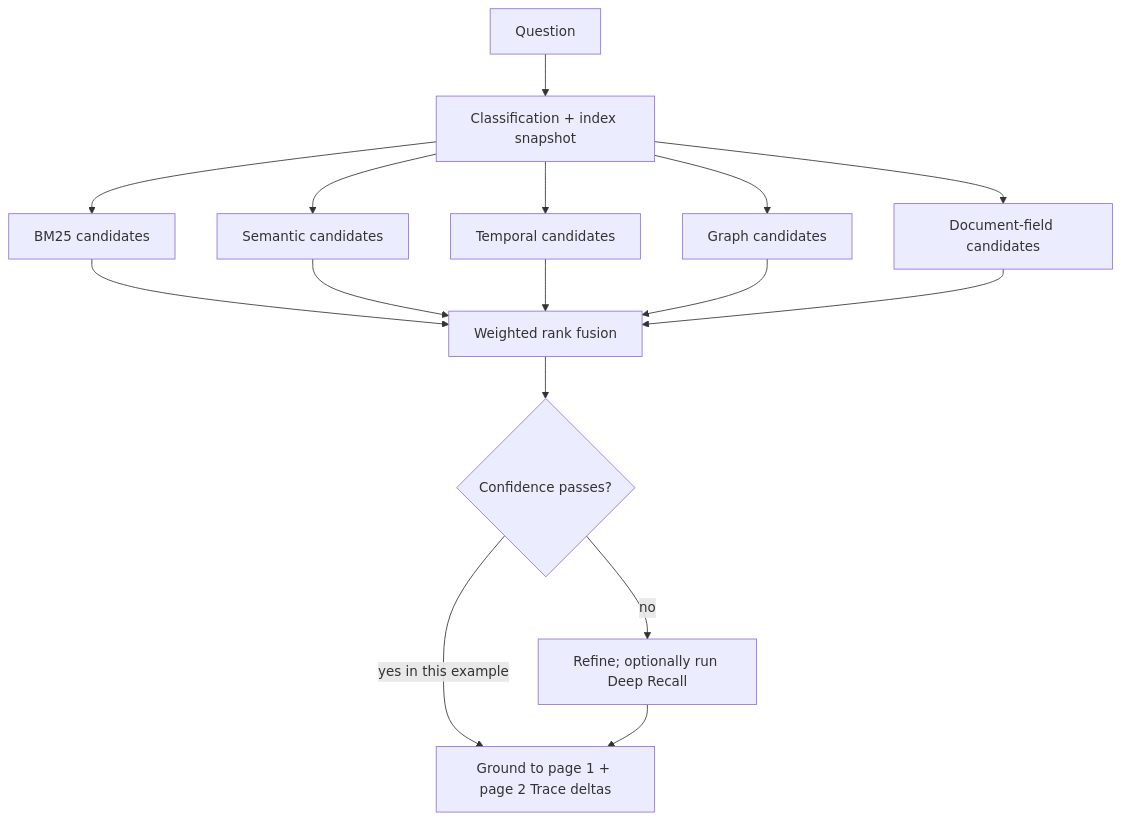
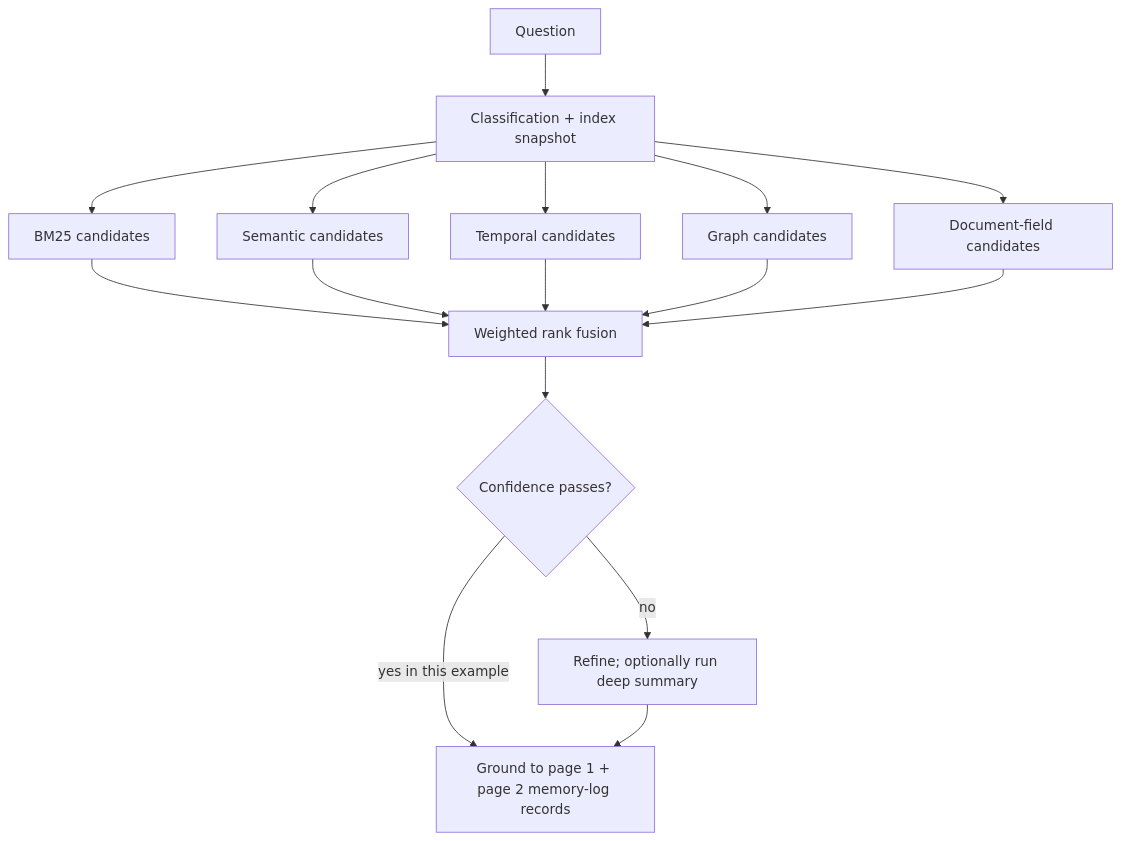
Before and after one commit to shanmukh05/trisynapse-memory: the second of 13 diagrams in docs/architecture.md, drawn with Mermaid. The commit also changed other lines of this file and 67 other files, not shown here.

````diff
--- a/docs/architecture.md
+++ b/docs/architecture.md
@@ -178,18 +199,18 @@
 ```mermaid
 flowchart TD
     Q["Question"] --> C["Classification + index snapshot"]
     C --> B["BM25 candidates"]
     C --> S["Semantic candidates"]
     C --> T["Temporal candidates"]
     C --> G["Graph candidates"]
     C --> D["Document-field candidates"]
     B --> F["Weighted rank fusion"]
     S --> F
     T --> F
     G --> F
     D --> F
     F --> CF{"Confidence passes?"}
-    CF -->|"yes in this example"| TR["Ground to page 1 + page 2 Trace deltas"]
-    CF -->|"no"| RF["Refine; optionally run Deep Recall"]
+    CF -->|"yes in this example"| TR["Ground to page 1 + page 2 memory-log records"]
+    CF -->|"no"| RF["Refine; optionally run deep summary"]
     RF --> TR
 ```
````
